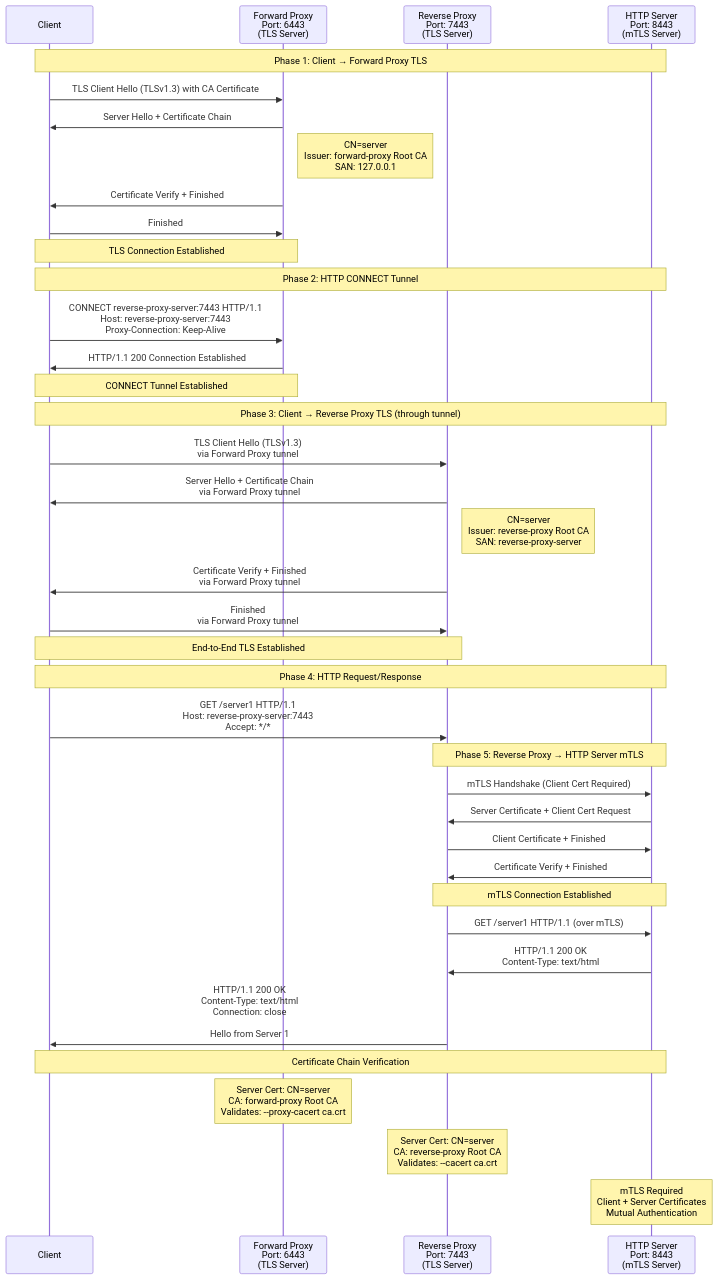
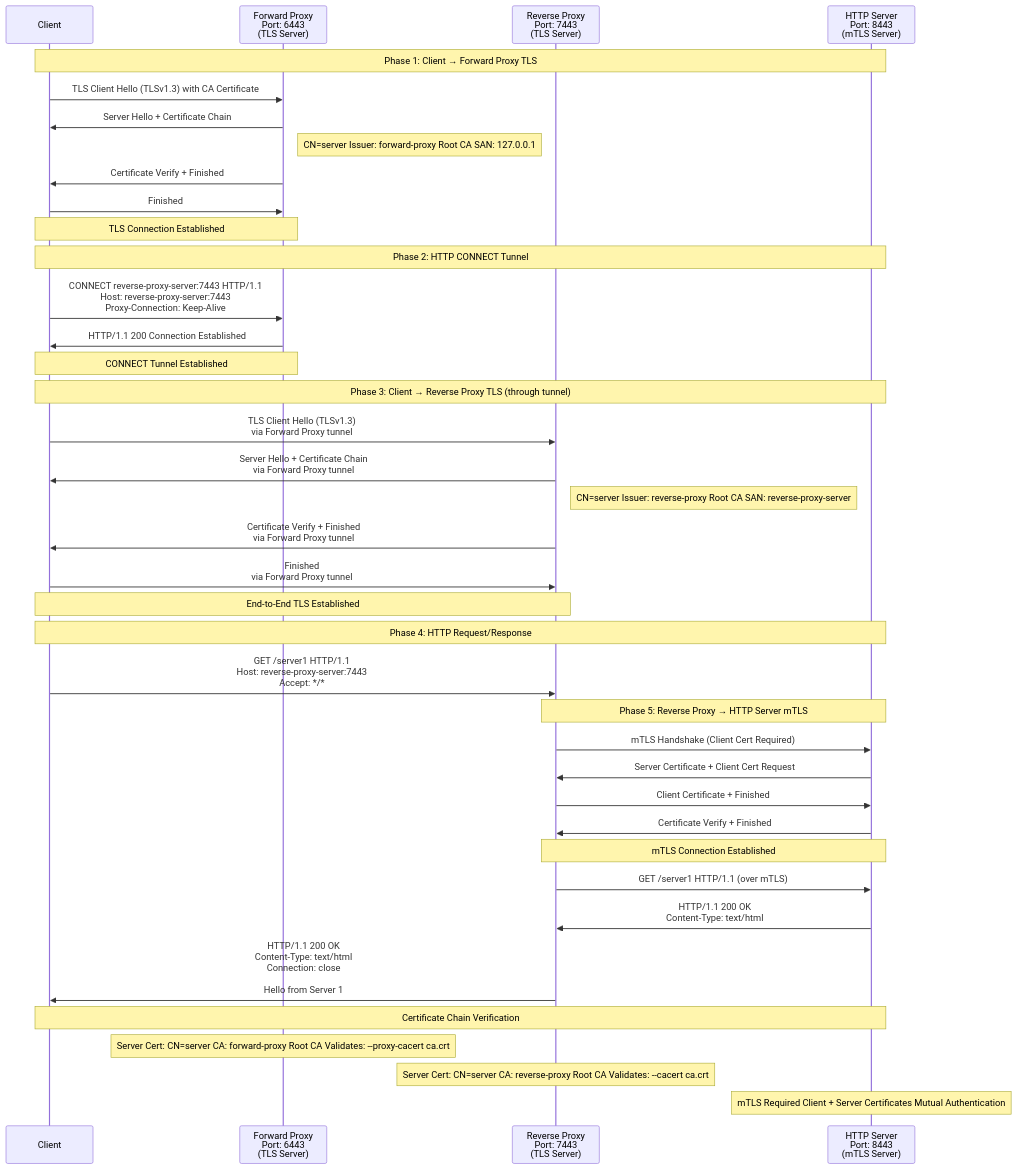
The second of 2 diagrams in README.md (lmanohara/http-proxy-suite), drawn with Mermaid before and after one commit. The commit also changed other lines of this file, not shown here.

Commit message:
Remove br in note

````diff
--- a/README.md
+++ b/README.md
@@ -27,61 +27,61 @@
 ```mermaid
 sequenceDiagram
     participant Client
     participant ForwardProxy as Forward Proxy <br/>Port: 6443 <br/>(TLS Server)
     participant ReverseProxy as Reverse Proxy<br/>Port: 7443<br/>(TLS Server)
     participant HTTPServer as HTTP Server<br/>Port: 8443<br/>(mTLS Server)
 
     Note over Client,HTTPServer: Phase 1: Client → Forward Proxy TLS
 
     Client->>ForwardProxy: TLS Client Hello (TLSv1.3) with CA Certificate
     ForwardProxy->>Client: Server Hello + Certificate Chain
-    Note right of ForwardProxy: CN=server<br/>Issuer: forward-proxy Root CA<br/>SAN: 127.0.0.1
+    Note right of ForwardProxy: CN=server Issuer: forward-proxy Root CA SAN: 127.0.0.1
     ForwardProxy->>Client: Certificate Verify + Finished
     Client->>ForwardProxy: Finished
     Note over Client,ForwardProxy: TLS Connection Established
 
     Note over Client,HTTPServer: Phase 2: HTTP CONNECT Tunnel
 
     Client->>ForwardProxy: CONNECT reverse-proxy-server:7443 HTTP/1.1<br/>Host: reverse-proxy-server:7443<br/>Proxy-Connection: Keep-Alive
     ForwardProxy->>Client: HTTP/1.1 200 Connection Established
     Note over Client,ForwardProxy: CONNECT Tunnel Established
 
     Note over Client,HTTPServer: Phase 3: Client → Reverse Proxy TLS (through tunnel)
 
     Client->>ReverseProxy: TLS Client Hello (TLSv1.3)<br/>via Forward Proxy tunnel
     ReverseProxy->>Client: Server Hello + Certificate Chain<br/>via Forward Proxy tunnel
-    Note right of ReverseProxy: CN=server<br/>Issuer: reverse-proxy Root CA<br/>SAN: reverse-proxy-server
+    Note right of ReverseProxy: CN=server Issuer: reverse-proxy Root CA SAN: reverse-proxy-server
     ReverseProxy->>Client: Certificate Verify + Finished<br/>via Forward Proxy tunnel
     Client->>ReverseProxy: Finished<br/>via Forward Proxy tunnel
     Note over Client,ReverseProxy: End-to-End TLS Established
 
     Note over Client,HTTPServer: Phase 4: HTTP Request/Response
 
     Client->>ReverseProxy: GET /server1 HTTP/1.1<br/>Host: reverse-proxy-server:7443<br/>Accept: */*
     
     Note over ReverseProxy,HTTPServer: Phase 5: Reverse Proxy → HTTP Server mTLS
     
     ReverseProxy->>HTTPServer: mTLS Handshake (Client Cert Required)
     HTTPServer->>ReverseProxy: Server Certificate + Client Cert Request
     ReverseProxy->>HTTPServer: Client Certificate + Finished
     HTTPServer->>ReverseProxy: Certificate Verify + Finished
     Note over ReverseProxy,HTTPServer: mTLS Connection Established
     
     ReverseProxy->>HTTPServer: GET /server1 HTTP/1.1 (over mTLS)
     HTTPServer->>ReverseProxy: HTTP/1.1 200 OK<br/>Content-Type: text/html
     
     ReverseProxy->>Client: HTTP/1.1 200 OK<br/>Content-Type: text/html<br/>Connection: close<br/><br/>Hello from Server 1
 
     Note over Client,HTTPServer: Certificate Chain Verification
 
 
-        Note over ForwardProxy: Server Cert: CN=server<br/>CA: forward-proxy Root CA<br/>Validates: --proxy-cacert ca.crt
+    Note over ForwardProxy: Server Cert: CN=server CA: forward-proxy Root CA Validates: --proxy-cacert ca.crt
 
 
 
-        Note over ReverseProxy: Server Cert: CN=server<br/>CA: reverse-proxy Root CA<br/>Validates: --cacert ca.crt
+    Note over ReverseProxy: Server Cert: CN=server CA: reverse-proxy Root CA Validates: --cacert ca.crt
 
 
 
-        Note over HTTPServer: mTLS Required<br/>Client + Server Certificates<br/>Mutual Authentication
+    Note over HTTPServer: mTLS Required Client + Server Certificates Mutual Authentication
 ```
````
